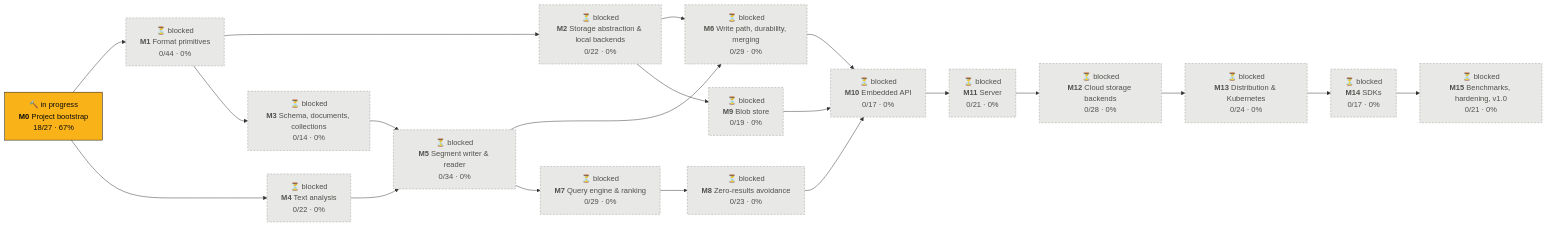
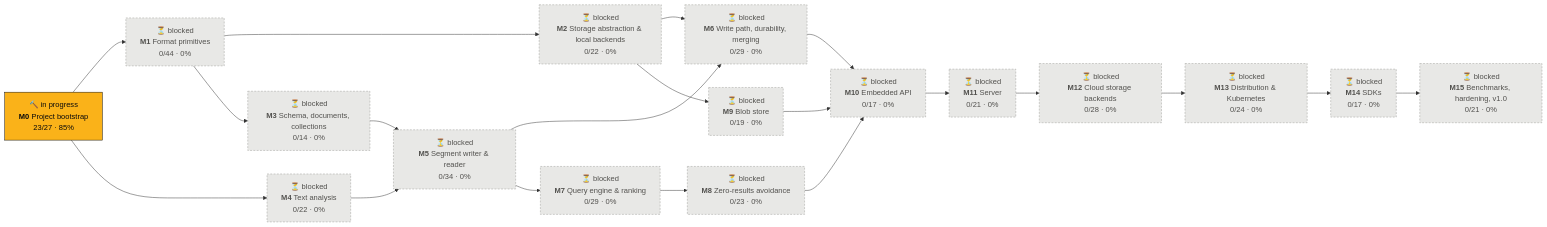
Before and after one commit to tomiok/persiaDB: the first of 2 diagrams in PROGRESS.md, drawn with Mermaid. The commit also changed other lines of this file and 2 other files, not shown here.

````diff
--- a/PROGRESS.md
+++ b/PROGRESS.md
@@ -14,42 +14,42 @@
 ```mermaid
 flowchart LR
-  M0["🔨 in progress<br/><b>M0</b> Project bootstrap<br/>18/27 · 67%"]:::doing
+  M0["🔨 in progress<br/><b>M0</b> Project bootstrap<br/>23/27 · 85%"]:::doing
   M1["⏳ blocked<br/><b>M1</b> Format primitives<br/>0/44 · 0%"]:::blocked
   M2["⏳ blocked<br/><b>M2</b> Storage abstraction & local backends<br/>0/22 · 0%"]:::blocked
   M3["⏳ blocked<br/><b>M3</b> Schema, documents, collections<br/>0/14 · 0%"]:::blocked
   M4["⏳ blocked<br/><b>M4</b> Text analysis<br/>0/22 · 0%"]:::blocked
   M5["⏳ blocked<br/><b>M5</b> Segment writer & reader<br/>0/34 · 0%"]:::blocked
   M6["⏳ blocked<br/><b>M6</b> Write path, durability, merging<br/>0/29 · 0%"]:::blocked
   M7["⏳ blocked<br/><b>M7</b> Query engine & ranking<br/>0/29 · 0%"]:::blocked
   M8["⏳ blocked<br/><b>M8</b> Zero-results avoidance<br/>0/23 · 0%"]:::blocked
   M9["⏳ blocked<br/><b>M9</b> Blob store<br/>0/19 · 0%"]:::blocked
   M10["⏳ blocked<br/><b>M10</b> Embedded API<br/>0/17 · 0%"]:::blocked
   M11["⏳ blocked<br/><b>M11</b> Server<br/>0/21 · 0%"]:::blocked
   M12["⏳ blocked<br/><b>M12</b> Cloud storage backends<br/>0/28 · 0%"]:::blocked
   M13["⏳ blocked<br/><b>M13</b> Distribution & Kubernetes<br/>0/24 · 0%"]:::blocked
   M14["⏳ blocked<br/><b>M14</b> SDKs<br/>0/17 · 0%"]:::blocked
   M15["⏳ blocked<br/><b>M15</b> Benchmarks, hardening, v1.0<br/>0/21 · 0%"]:::blocked
   M0 --> M1
   M1 --> M2
   M1 --> M3
   M0 --> M4
   M3 --> M5
   M4 --> M5
   M2 --> M6
   M5 --> M6
   M5 --> M7
   M7 --> M8
   M2 --> M9
   M6 --> M10
   M8 --> M10
   M9 --> M10
   M10 --> M11
   M11 --> M12
   M12 --> M13
   M13 --> M14
   M14 --> M15
   classDef done fill:#0ca30c,stroke:#0b0b0b,color:#0b0b0b
   classDef doing fill:#fab219,stroke:#0b0b0b,color:#0b0b0b
   classDef ready fill:#fcfcfb,stroke:#0b0b0b,stroke-width:2px,color:#0b0b0b
   classDef blocked fill:#e8e8e6,stroke:#9a9a96,stroke-dasharray:4 3,color:#52514e
 ```
````
